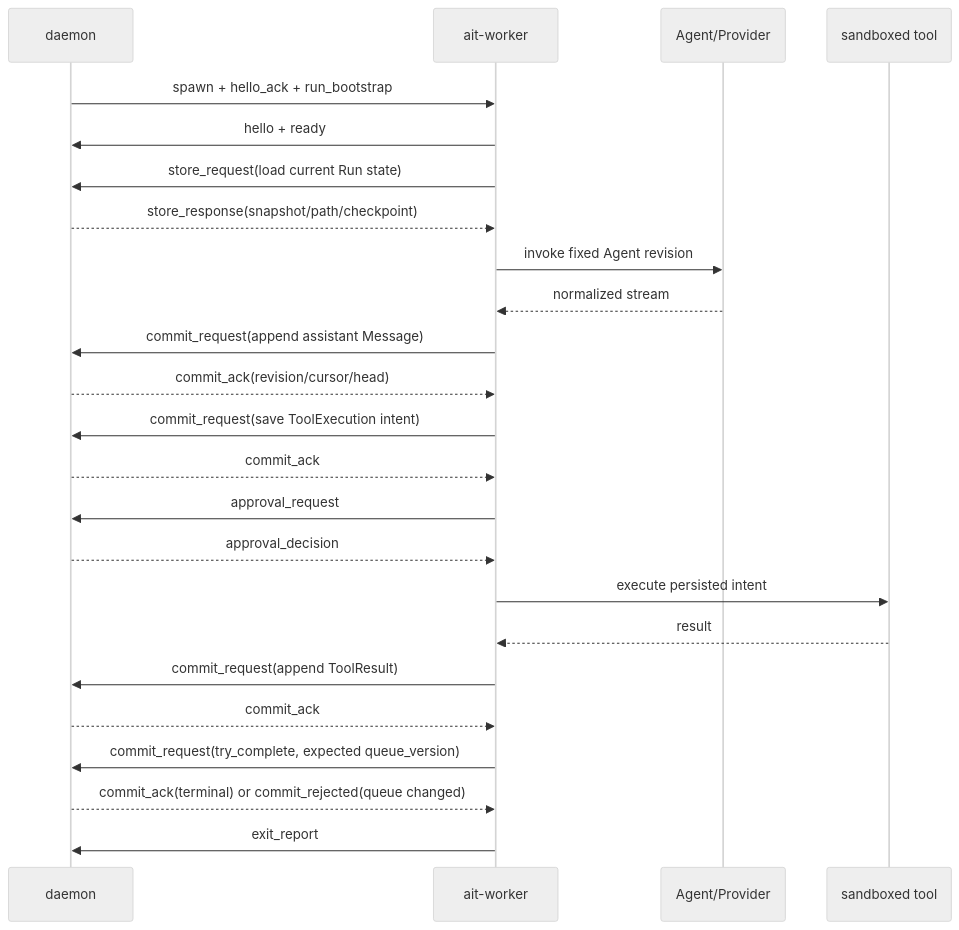
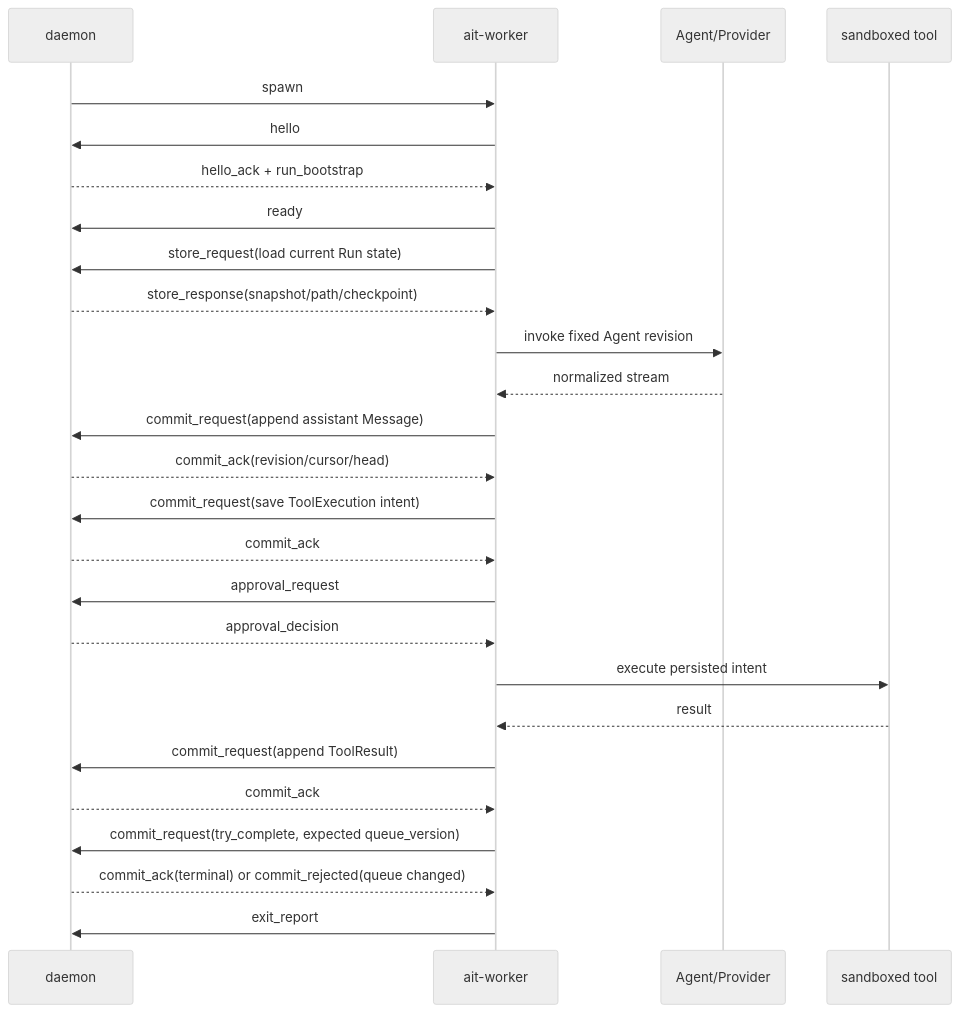
Before and after one commit to necokeine/ait: the diagram in docs/decisions/NEC-169/adr-001-ait-worker-contract.md, drawn with Mermaid (neutral theme). The commit also changed other lines of this file, not shown here.

````diff
--- a/docs/decisions/NEC-169/adr-001-ait-worker-contract.md
+++ b/docs/decisions/NEC-169/adr-001-ait-worker-contract.md
@@ -144,27 +193,29 @@
 ```mermaid
 sequenceDiagram
   participant D as daemon
   participant W as ait-worker
   participant P as Agent/Provider
   participant T as sandboxed tool
 
-  D->>W: spawn + hello_ack + run_bootstrap
-  W->>D: hello + ready
+  D->>W: spawn
+  W->>D: hello
+  D-->>W: hello_ack + run_bootstrap
+  W->>D: ready
   W->>D: store_request(load current Run state)
   D-->>W: store_response(snapshot/path/checkpoint)
   W->>P: invoke fixed Agent revision
   P-->>W: normalized stream
   W->>D: commit_request(append assistant Message)
   D-->>W: commit_ack(revision/cursor/head)
   W->>D: commit_request(save ToolExecution intent)
   D-->>W: commit_ack
   W->>D: approval_request
   D-->>W: approval_decision
   W->>T: execute persisted intent
   T-->>W: result
   W->>D: commit_request(append ToolResult)
   D-->>W: commit_ack
   W->>D: commit_request(try_complete, expected queue_version)
   D-->>W: commit_ack(terminal) or commit_rejected(queue changed)
   W->>D: exit_report
 ```
````
